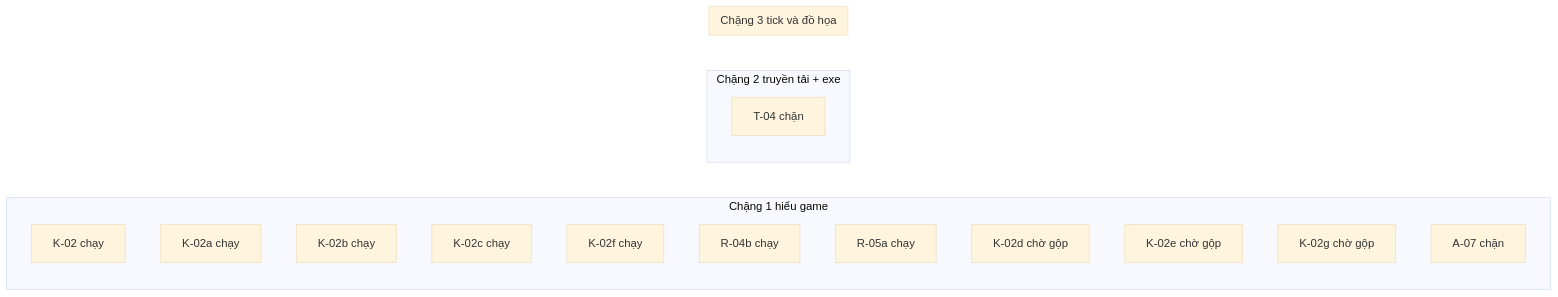
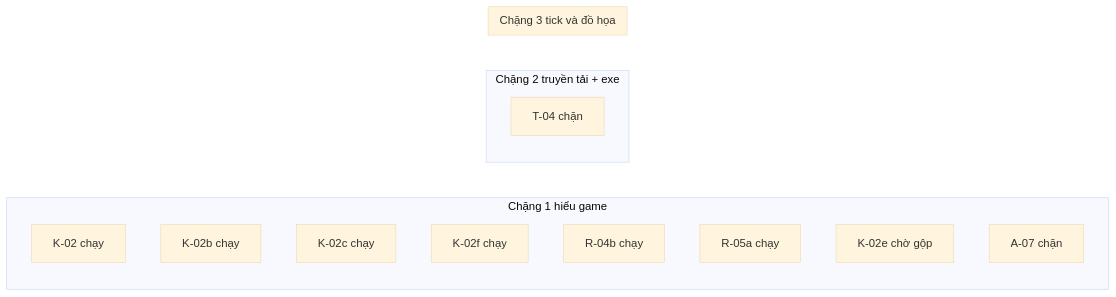
Before and after one commit to ndtangoss-dev/jx1-reports: the diagram in JX1_OPS/STATE/TIEN-DO.md, drawn with Mermaid (base theme). The commit also changed other lines of this file and 3 other files, not shown here.

````diff
--- a/JX1_OPS/STATE/TIEN-DO.md
+++ b/JX1_OPS/STATE/TIEN-DO.md
@@ -9,21 +9,18 @@
 ```mermaid
 flowchart LR
   subgraph S1["Chặng 1 hiểu game"]
     K_02["K-02 chạy"]
-    K_02a["K-02a chạy"]
     K_02b["K-02b chạy"]
     K_02c["K-02c chạy"]
     K_02f["K-02f chạy"]
     R_04b["R-04b chạy"]
     R_05a["R-05a chạy"]
-    K_02d["K-02d chờ gộp"]
     K_02e["K-02e chờ gộp"]
-    K_02g["K-02g chờ gộp"]
     A_07["A-07 chặn"]
   end
   subgraph S2["Chặng 2 truyền tải + exe"]
     T_04["T-04 chặn"]
   end
   subgraph S3["Chặng 3 tick và đồ họa"]
   end
 ```
````
